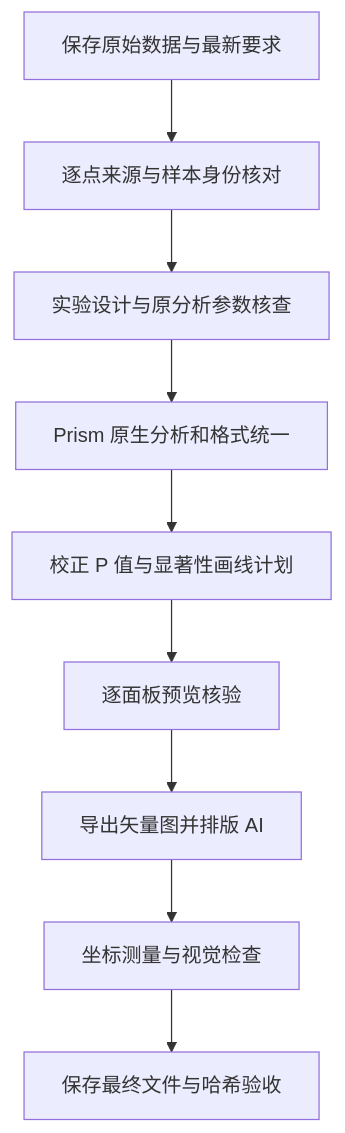
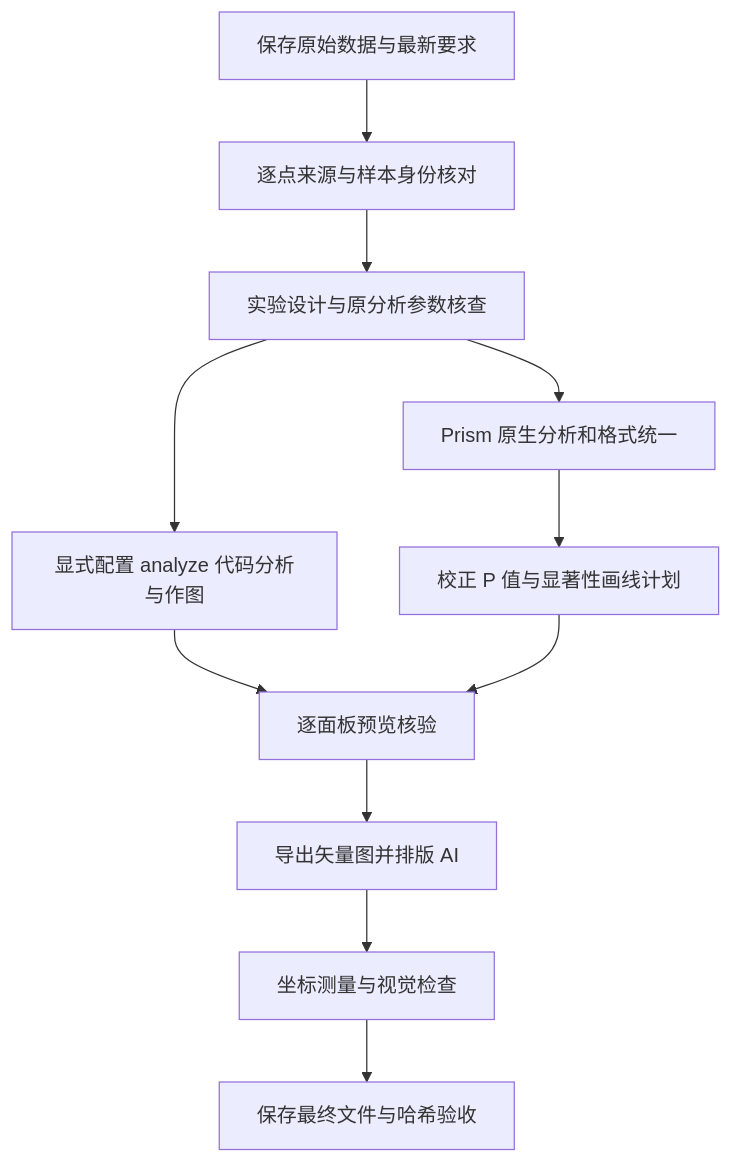
The diagram in README.md (erickwang-17/prism-illustrator-workflow), drawn with Mermaid before and after one commit. The commit also changed other lines of this file and 15 other files, not shown here.

````diff
--- a/README.md
+++ b/README.md
@@ -46,11 +56,13 @@
 ```mermaid
 flowchart TD
   A[保存原始数据与最新要求] --> B[逐点来源与样本身份核对]
   B --> C[实验设计与原分析参数核查]
   C --> D[Prism 原生分析和格式统一]
+  C --> J[显式配置 analyze 代码分析与作图]
+  J --> F
   D --> E[校正 P 值与显著性画线计划]
   E --> F[逐面板预览核验]
   F --> G[导出矢量图并排版 AI]
   G --> H[坐标测量与视觉检查]
   H --> I[保存最终文件与哈希验收]
 ```
````
